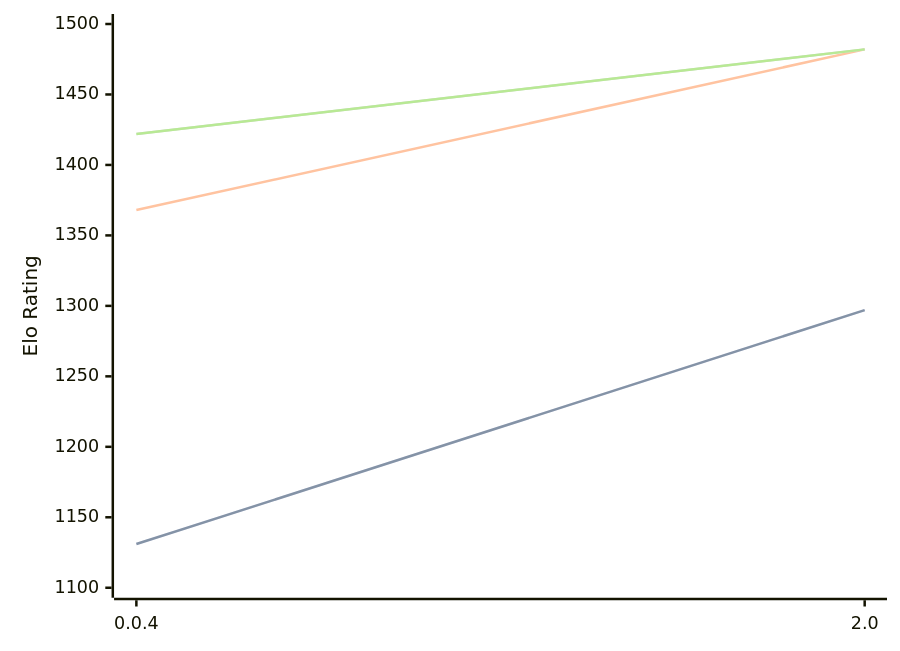
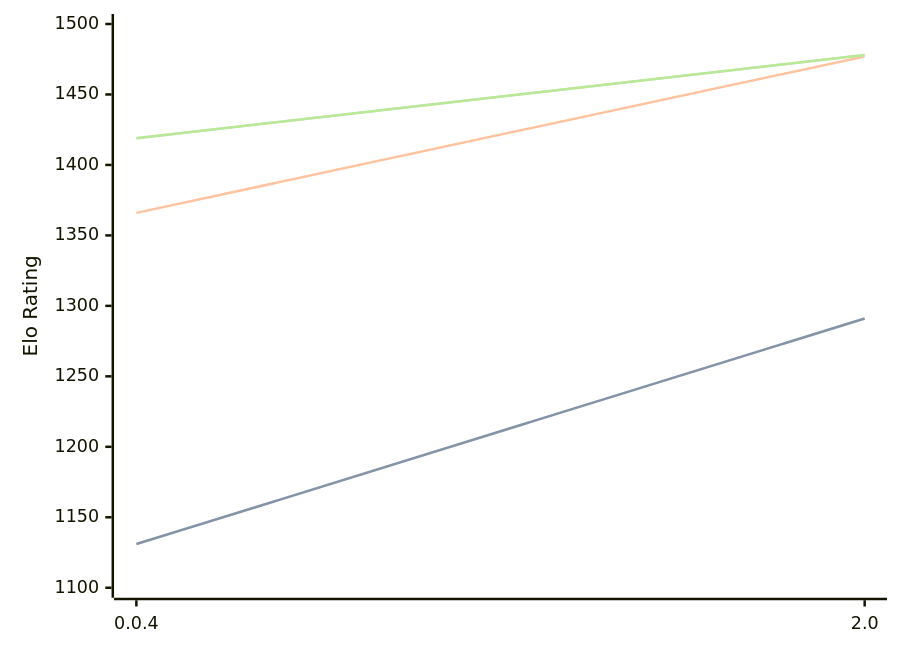
One commit to computer-chess-index/cci changed the diagram in engines/Oops!Mate.md. Above: the diagram before and after it, drawn with Mermaid. The commit also changed other lines of this file, not shown here.

Commit message:
Update CCI Ratings (ELO VLTC) - 2026-05-19

````diff
--- a/engines/Oops!Mate.md
+++ b/engines/Oops!Mate.md
@@ -52,11 +52,11 @@
 ```mermaid
 %%{init: {"theme":"base","themeVariables":{"seriesColors:['#a3a3a3','#222221','#faa371']}}}%%
 xychart-beta
   x-axis ["0.0.4", "2.0"]
   y-axis "Elo Rating" 1100 --> 1500
-  line "STC (8.0+0.08s)" [1131, 1297]
-  line "STC (8.0+0.08s)" [1131, 1297]
-  line "LTC (60.0+0.60s)" [1368, 1482]
-  line "VLTC (2m24s+1.12s)" [1422, 1482]
-  line "VLTC (2m24s+1.12s)" [1422, 1482]
+  line "STC (8.0+0.08s)" [1131, 1291]
+  line "STC (8.0+0.08s)" [1131, 1291]
+  line "LTC (60.0+0.60s)" [1366, 1477]
+  line "VLTC (2m24s+1.12s)" [1419, 1478]
+  line "VLTC (2m24s+1.12s)" [1419, 1478]
 ```
````
